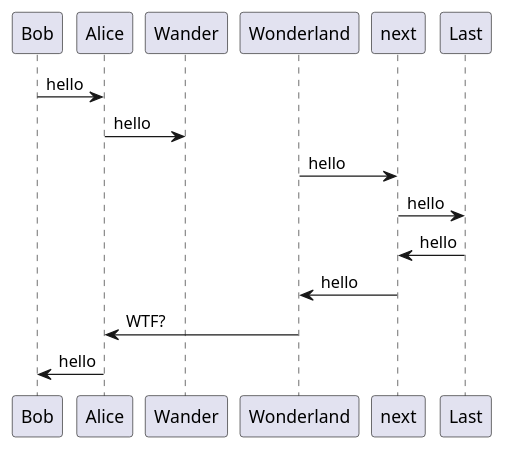
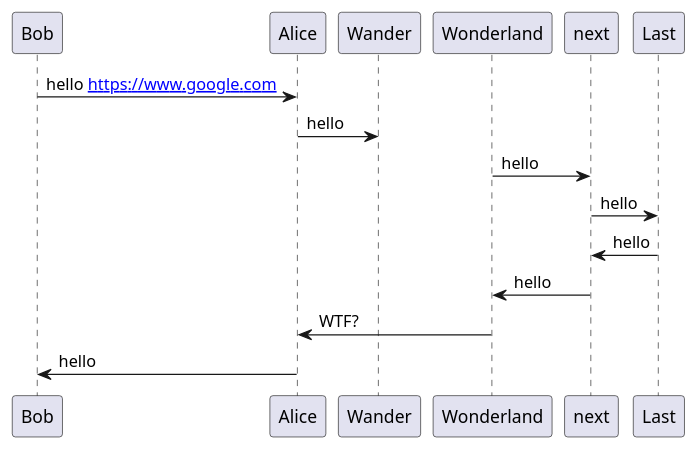
One commit to gregzuro/obsidian-kroki changed the third of 3 diagrams in kroki-test.md. Above: the diagram before and after it, drawn with PlantUML. The commit also changed 4 other files, not shown here.

Commit message:
enable links in diagrams

````diff
--- a/kroki-test.md
+++ b/kroki-test.md
@@ -1435,10 +1435,10 @@
 ```plantuml
-Bob -> Alice : hello 
+Bob -> Alice : hello [[https://www.google.com]]
 Alice -> Wander: hello
 Wonderland -> next: hello
 next -> Last: hello
 Last -> next: hello
 next -> Wonderland : hello
 Wonderland -> Alice : WTF?
 Alice -> Bob: hello
 ```
````
